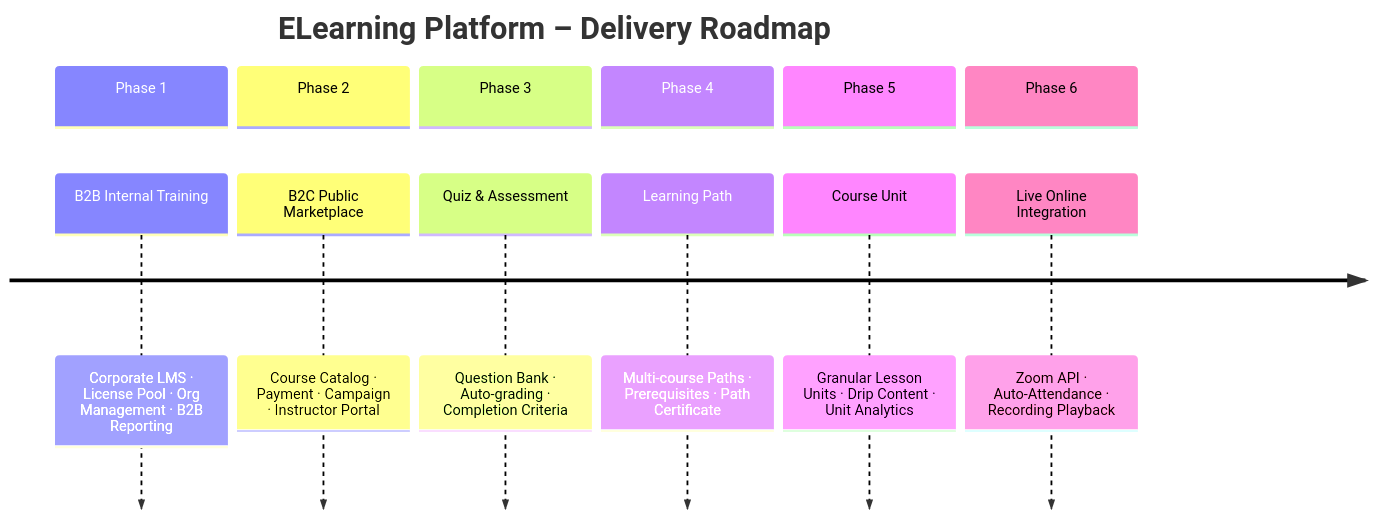
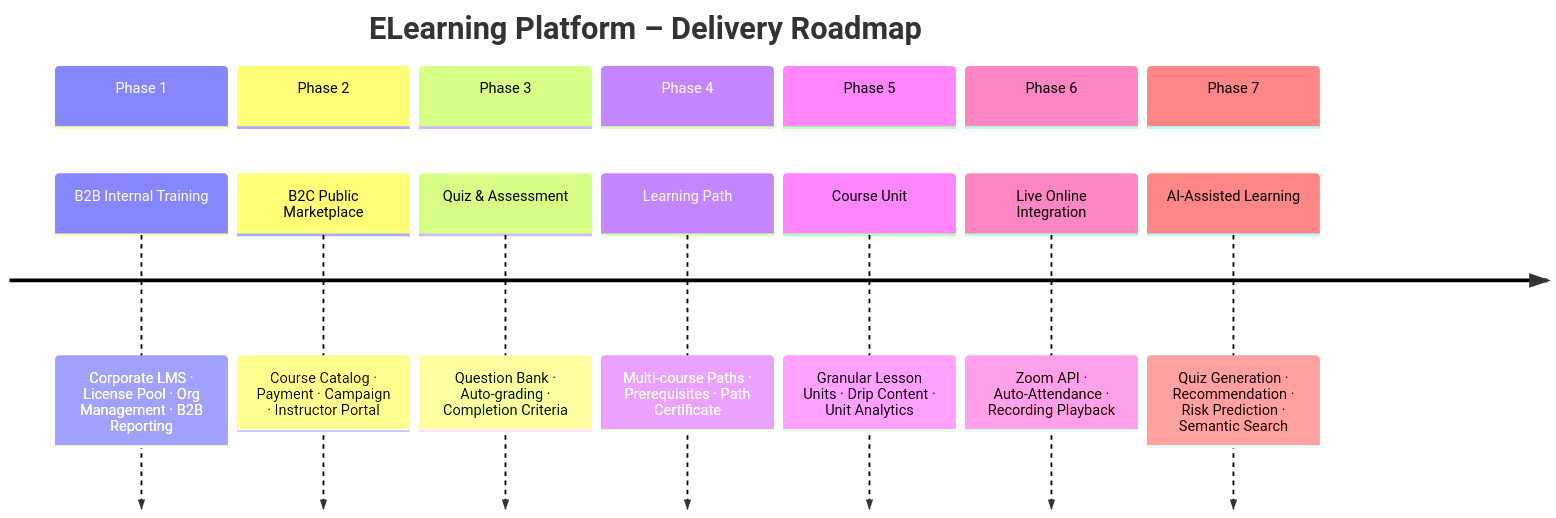
Before and after one commit to caiquangtung/ELearning: the first of 2 diagrams in docs/phases.md, drawn with Mermaid. The commit also changed other lines of this file and 2 other files, not shown here.

First line of the commit message:
feat(ai): introduce AI-assisted learning features and enhancements

````diff
--- a/docs/phases.md
+++ b/docs/phases.md
@@ -13,16 +13,18 @@
 ```mermaid
 timeline
     title ELearning Platform – Delivery Roadmap
     section Phase 1
         B2B Internal Training    : Corporate LMS · License Pool · Org Management · B2B Reporting
     section Phase 2
         B2C Public Marketplace   : Course Catalog · Payment · Campaign · Instructor Portal
     section Phase 3
         Quiz & Assessment        : Question Bank · Auto-grading · Completion Criteria
     section Phase 4
         Learning Path            : Multi-course Paths · Prerequisites · Path Certificate
     section Phase 5
         Course Unit              : Granular Lesson Units · Drip Content · Unit Analytics
     section Phase 6
         Live Online Integration  : Zoom API · Auto-Attendance · Recording Playback
+    section Phase 7
+        AI-Assisted Learning     : Quiz Generation · Recommendation · Risk Prediction · Semantic Search
 ```
````
